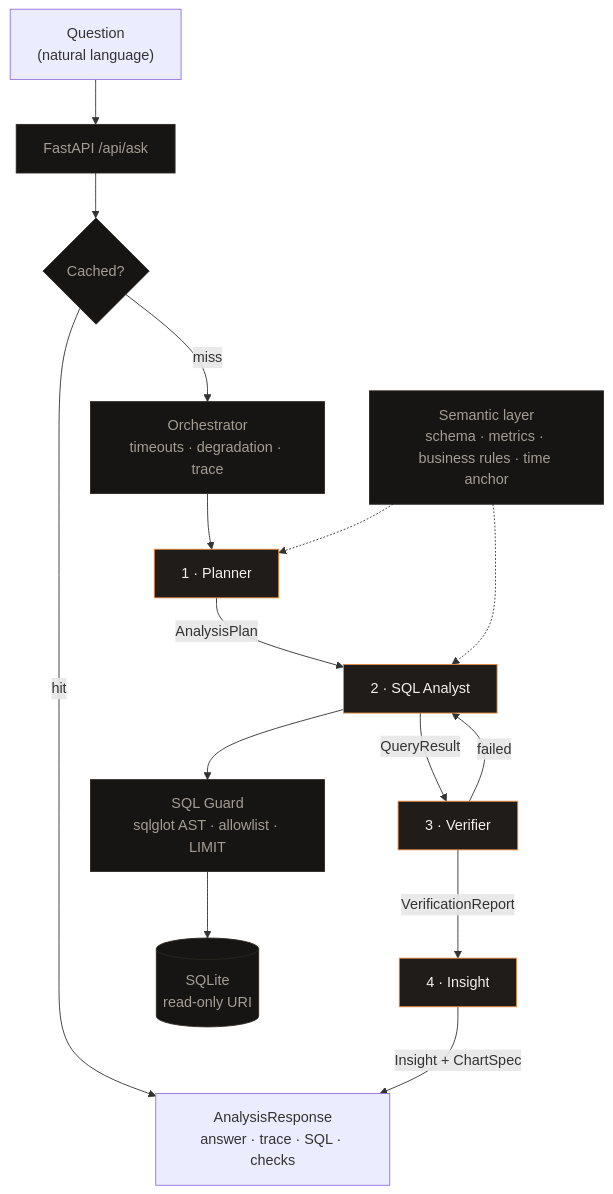
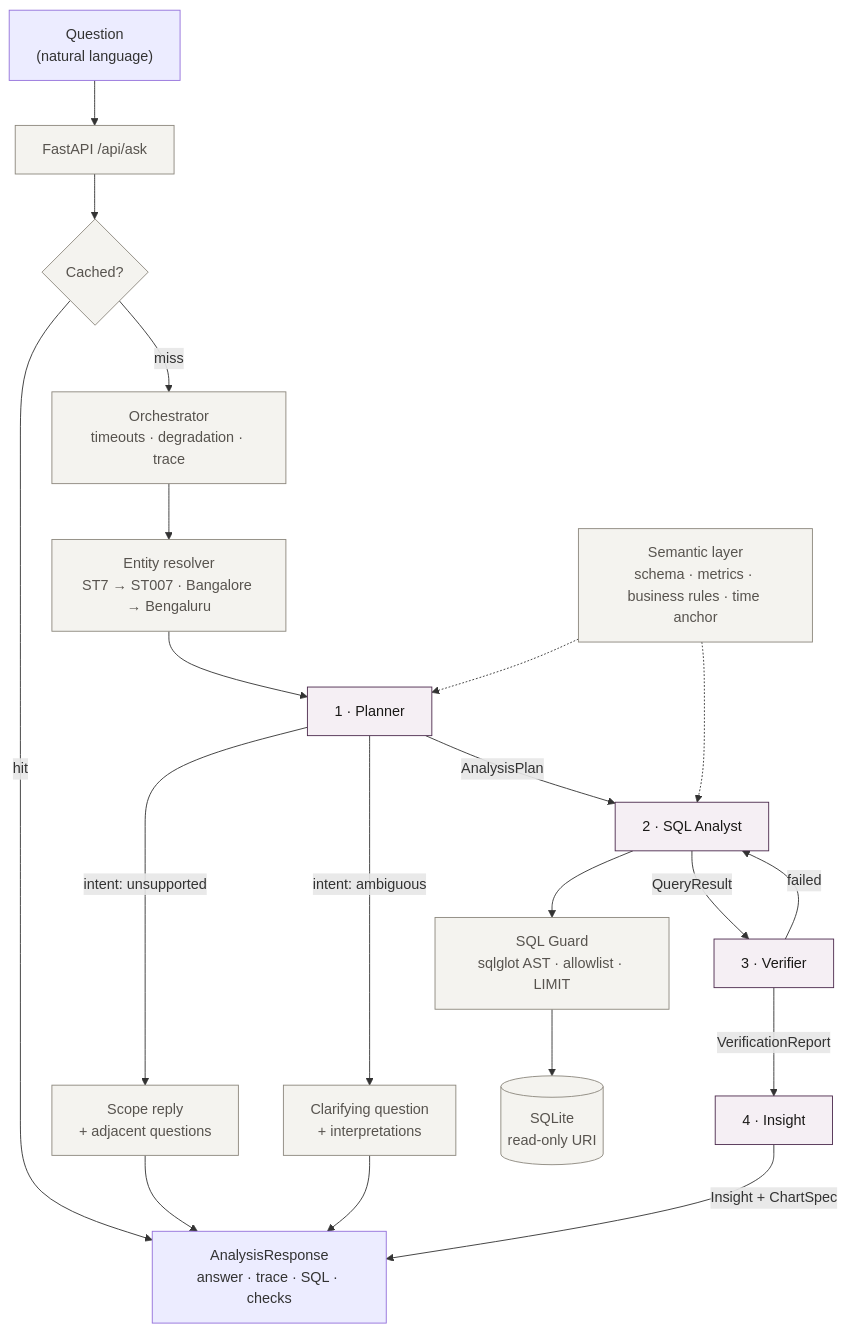
The diagram in README.md (anilgehlotn/quickbite-agentic-analytics), drawn with Mermaid before and after one commit. The commit also changed other lines of this file and 6 other files, not shown here.

````diff
--- a/README.md
+++ b/README.md
@@ -35,25 +35,30 @@
 ```mermaid
 flowchart TD
     Q["Question<br/>(natural language)"] --> API["FastAPI /api/ask"]
     API --> CACHE{"Cached?"}
     CACHE -->|hit| RESP
     CACHE -->|miss| ORCH["Orchestrator<br/>timeouts · degradation · trace"]
 
-    ORCH --> P["1 · Planner"]
+    ORCH --> ER["Entity resolver<br/>ST7 → ST007 · Bangalore → Bengaluru"]
+    ER --> P["1 · Planner"]
+    P -->|"intent: unsupported"| SCOPE["Scope reply<br/>+ adjacent questions"]
+    P -->|"intent: ambiguous"| CLR["Clarifying question<br/>+ interpretations"]
+    SCOPE --> RESP
+    CLR --> RESP
     P -->|AnalysisPlan| A["2 · SQL Analyst"]
     A -->|QueryResult| V["3 · Verifier"]
     V -->|VerificationReport| I["4 · Insight"]
     I -->|Insight + ChartSpec| RESP["AnalysisResponse<br/>answer · trace · SQL · checks"]
 
     SEM["Semantic layer<br/>schema · metrics · business rules · time anchor"] -.-> P
     SEM -.-> A
     GUARD["SQL Guard<br/>sqlglot AST · allowlist · LIMIT"] --> DB[("SQLite<br/>read-only URI")]
     A --> GUARD
 
     V -->|failed| A
 
-    classDef agent fill:#1f1c19,stroke:#e5893f,color:#f4f1ec
-    classDef infra fill:#171513,stroke:#2b2723,color:#a49d94
+    classDef agent fill:#f5eff4,stroke:#4c2a4d,color:#1a1917
+    classDef infra fill:#f4f3ef,stroke:#8c877d,color:#57534e
     class P,A,V,I agent
-    class SEM,GUARD,DB,CACHE,ORCH,API infra
+    class SEM,GUARD,DB,CACHE,ORCH,API,ER,SCOPE,CLR infra
 ```
````
